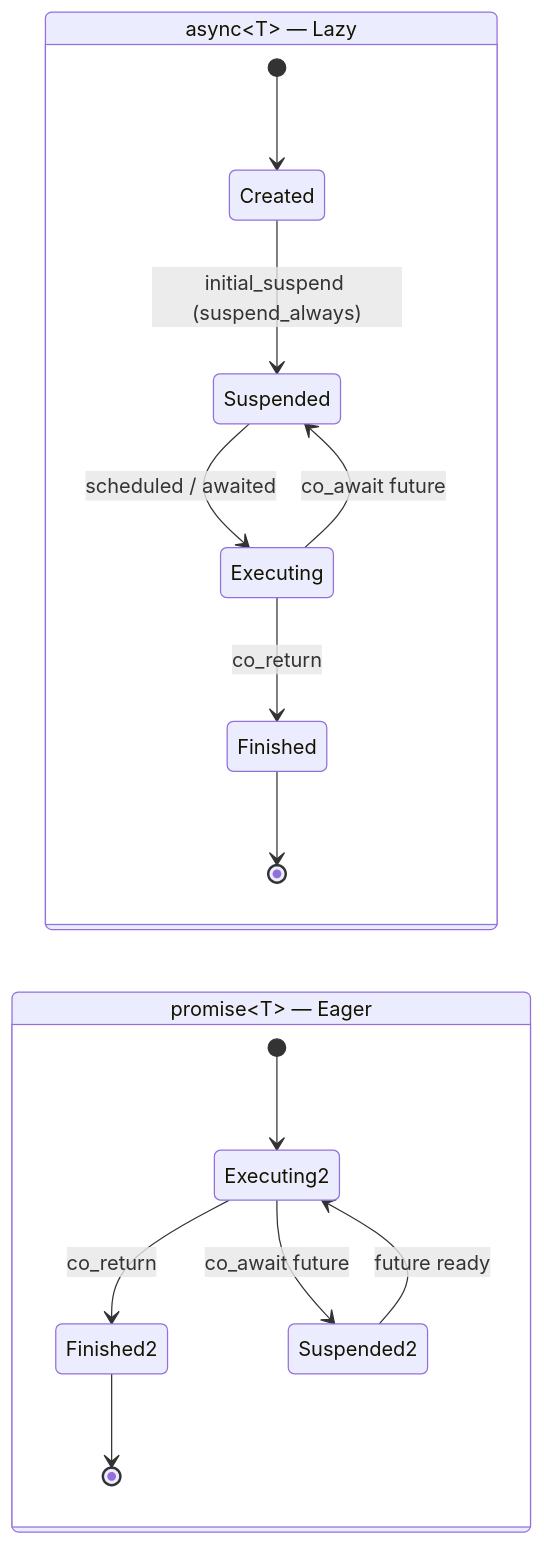
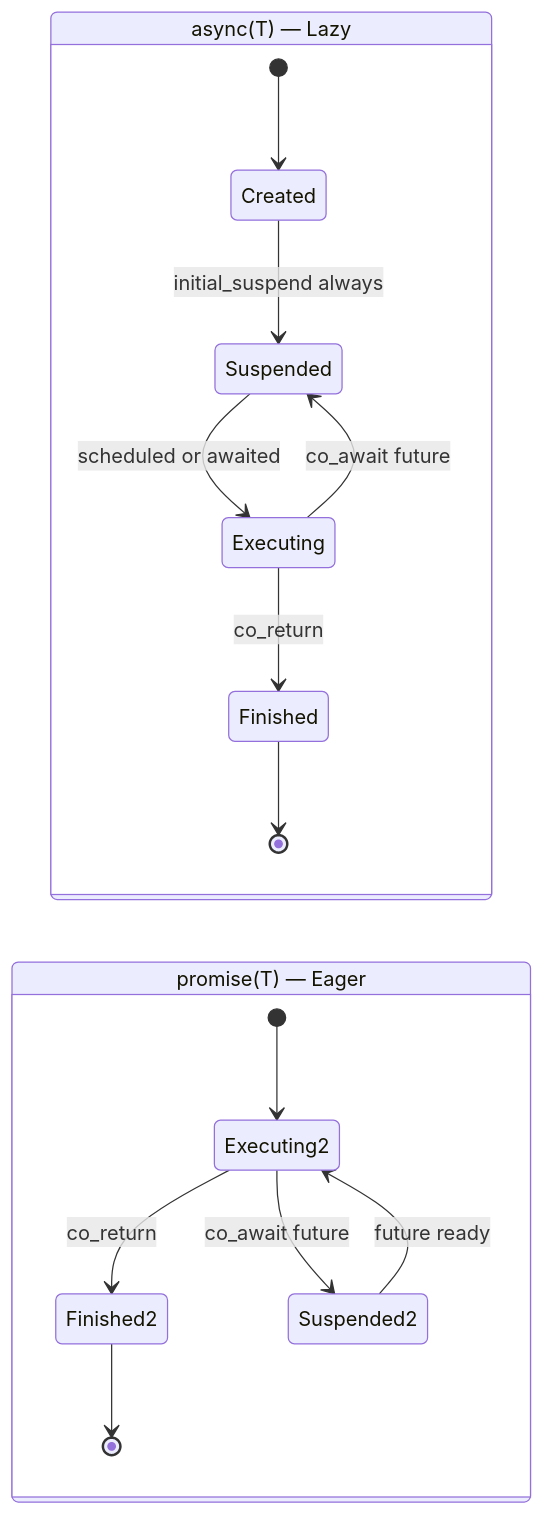
Before and after one commit to OnionSpirit/ace: the second of 9 diagrams in README.md, drawn with Mermaid. The commit also changed other lines of this file, not shown here.

First line of the commit message:
docs: fix Mermaid diagrams — replace HTML entities with plain text

````diff
--- a/README.md
+++ b/README.md
@@ -105,21 +105,21 @@
 ```mermaid
 stateDiagram-v2
     direction LR
 
-    state "async&lt;T&gt; — Lazy" as Lazy {
+    state "async(T) — Lazy" as Lazy {
         [*] --> Created
-        Created --> Suspended : initial_suspend (suspend_always)
-        Suspended --> Executing : scheduled / awaited
+        Created --> Suspended : initial_suspend always
+        Suspended --> Executing : scheduled or awaited
         Executing --> Finished : co_return
         Executing --> Suspended : co_await future
         Finished --> [*]
     }
 
-    state "promise&lt;T&gt; — Eager" as Eager {
+    state "promise(T) — Eager" as Eager {
         [*] --> Executing2
         Executing2 --> Finished2 : co_return
         Executing2 --> Suspended2 : co_await future
         Suspended2 --> Executing2 : future ready
         Finished2 --> [*]
     }
 ```
````
